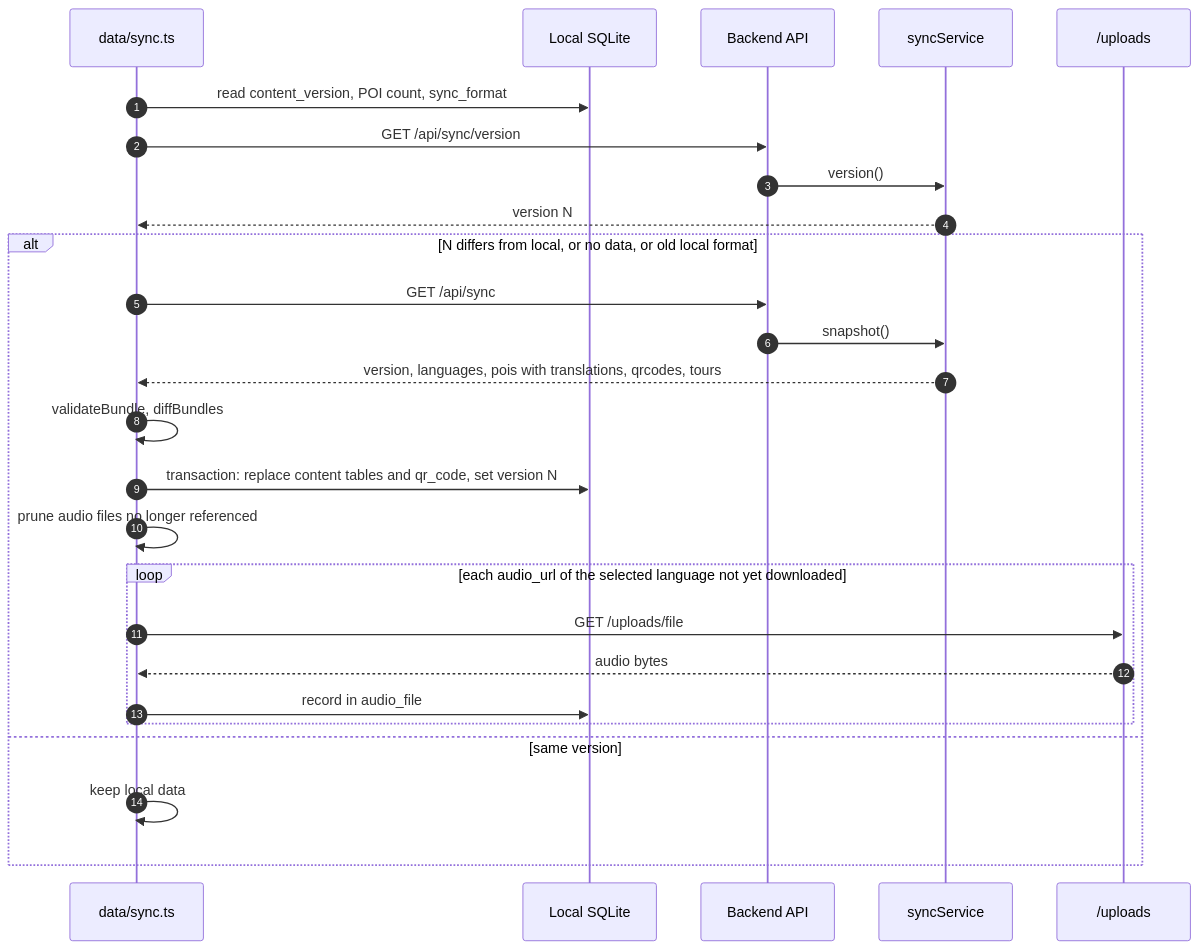
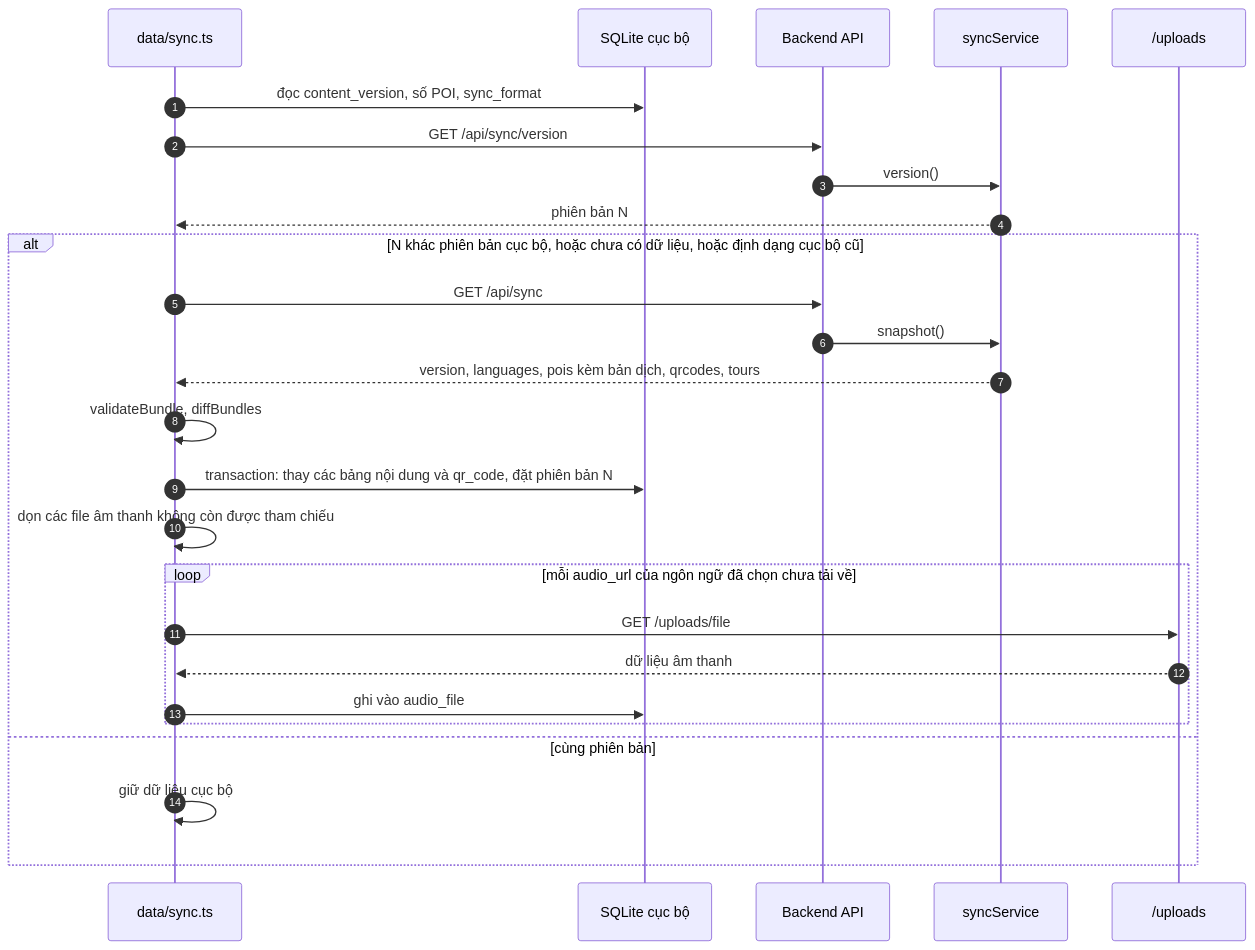
Before and after one commit to AiraLeFatale/CongNghePhanMem_Project: diagram 14 of 19 in docs/02-design.md, drawn with Mermaid. The commit also changed other lines of this file and 11 other files, not shown here.

````diff
--- a/docs/02-design.md
+++ b/docs/02-design.md
@@ -596,29 +596,29 @@
 ```mermaid
 sequenceDiagram
     autonumber
     participant APP as data/sync.ts
-    participant DB as Local SQLite
+    participant DB as SQLite cục bộ
     participant API as Backend API
     participant SS as syncService
     participant FS as /uploads
 
-    APP->>DB: read content_version, POI count, sync_format
+    APP->>DB: đọc content_version, số POI, sync_format
     APP->>API: GET /api/sync/version
     API->>SS: version()
-    SS-->>APP: version N
-    alt N differs from local, or no data, or old local format
+    SS-->>APP: phiên bản N
+    alt N khác phiên bản cục bộ, hoặc chưa có dữ liệu, hoặc định dạng cục bộ cũ
         APP->>API: GET /api/sync
         API->>SS: snapshot()
-        SS-->>APP: version, languages, pois with translations, qrcodes, tours
+        SS-->>APP: version, languages, pois kèm bản dịch, qrcodes, tours
         APP->>APP: validateBundle, diffBundles
-        APP->>DB: transaction: replace content tables and qr_code, set version N
-        APP->>APP: prune audio files no longer referenced
-        loop each audio_url of the selected language not yet downloaded
+        APP->>DB: transaction: thay các bảng nội dung và qr_code, đặt phiên bản N
+        APP->>APP: dọn các file âm thanh không còn được tham chiếu
+        loop mỗi audio_url của ngôn ngữ đã chọn chưa tải về
             APP->>FS: GET /uploads/file
-            FS-->>APP: audio bytes
-            APP->>DB: record in audio_file
+            FS-->>APP: dữ liệu âm thanh
+            APP->>DB: ghi vào audio_file
         end
-    else same version
-        APP->>APP: keep local data
+    else cùng phiên bản
+        APP->>APP: giữ dữ liệu cục bộ
     end
 ```
````
